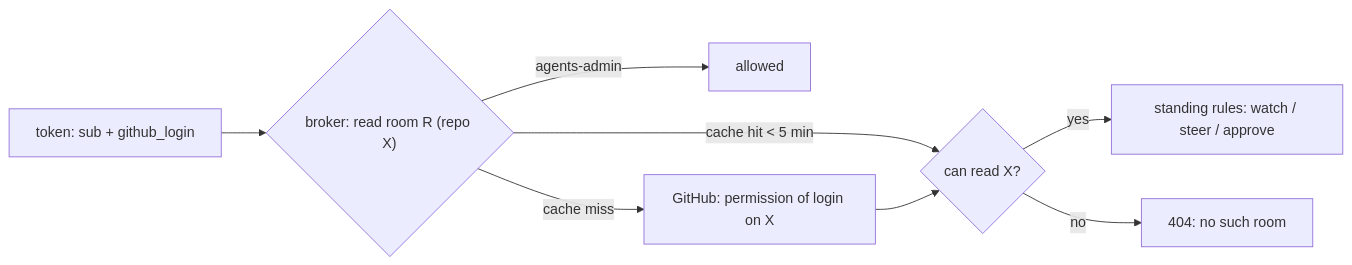
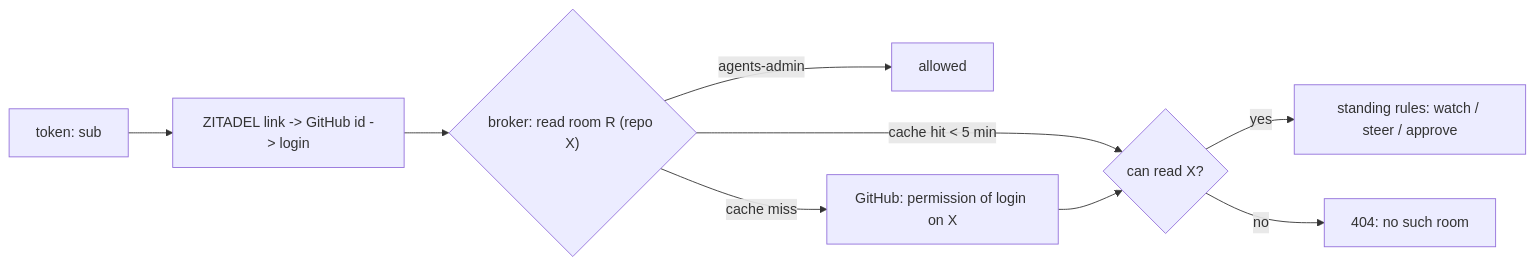
One commit to Smana/cloud-native-ref changed the third of 3 diagrams in docs/superpowers/specs/2026-10-08-agent-factory-local-first-ux-design.md. Above: the diagram before and after it, drawn with Mermaid. The commit also changed other lines of this file and 1 other file, not shown here.

First line of the commit message:
docs(superpowers): GitHub identity from the ZITADEL link, not a token claim

````diff
--- a/docs/superpowers/specs/2026-10-08-agent-factory-local-first-ux-design.md
+++ b/docs/superpowers/specs/2026-10-08-agent-factory-local-first-ux-design.md
@@ -190,9 +196,9 @@
 ```mermaid
 flowchart LR
-  T["token: sub + github_login"] --> B{"broker: read room R (repo X)"}
+  T["token: sub"] --> L["ZITADEL link -> GitHub id -> login"] --> B{"broker: read room R (repo X)"}
   B -->|agents-admin| OK["allowed"]
   B -->|cache hit < 5 min| C{"can read X?"}
   B -->|cache miss| G["GitHub: permission of login on X"] --> C
   C -->|yes| S["standing rules: watch / steer / approve"]
   C -->|no| D["404: no such room"]
 ```
````
